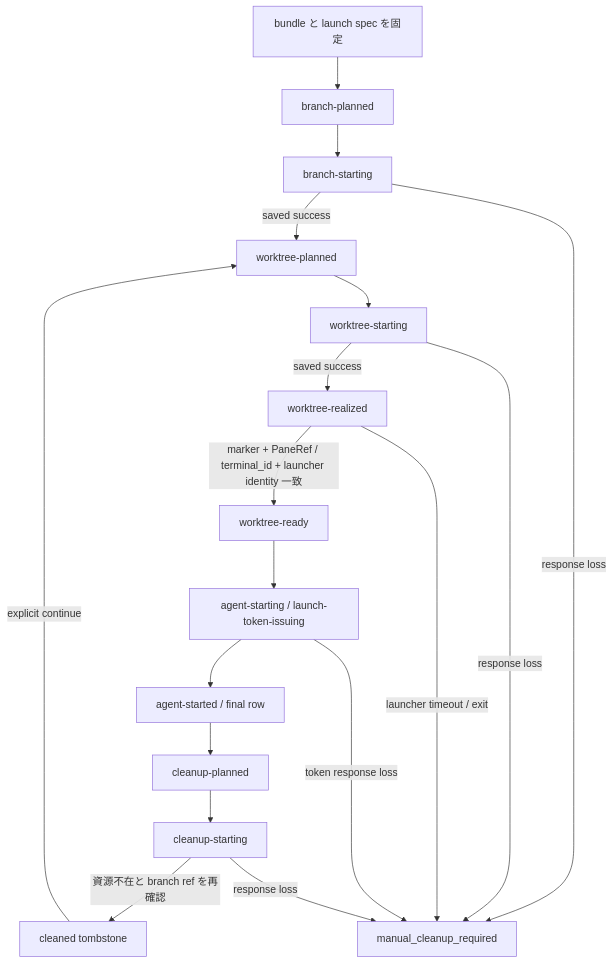
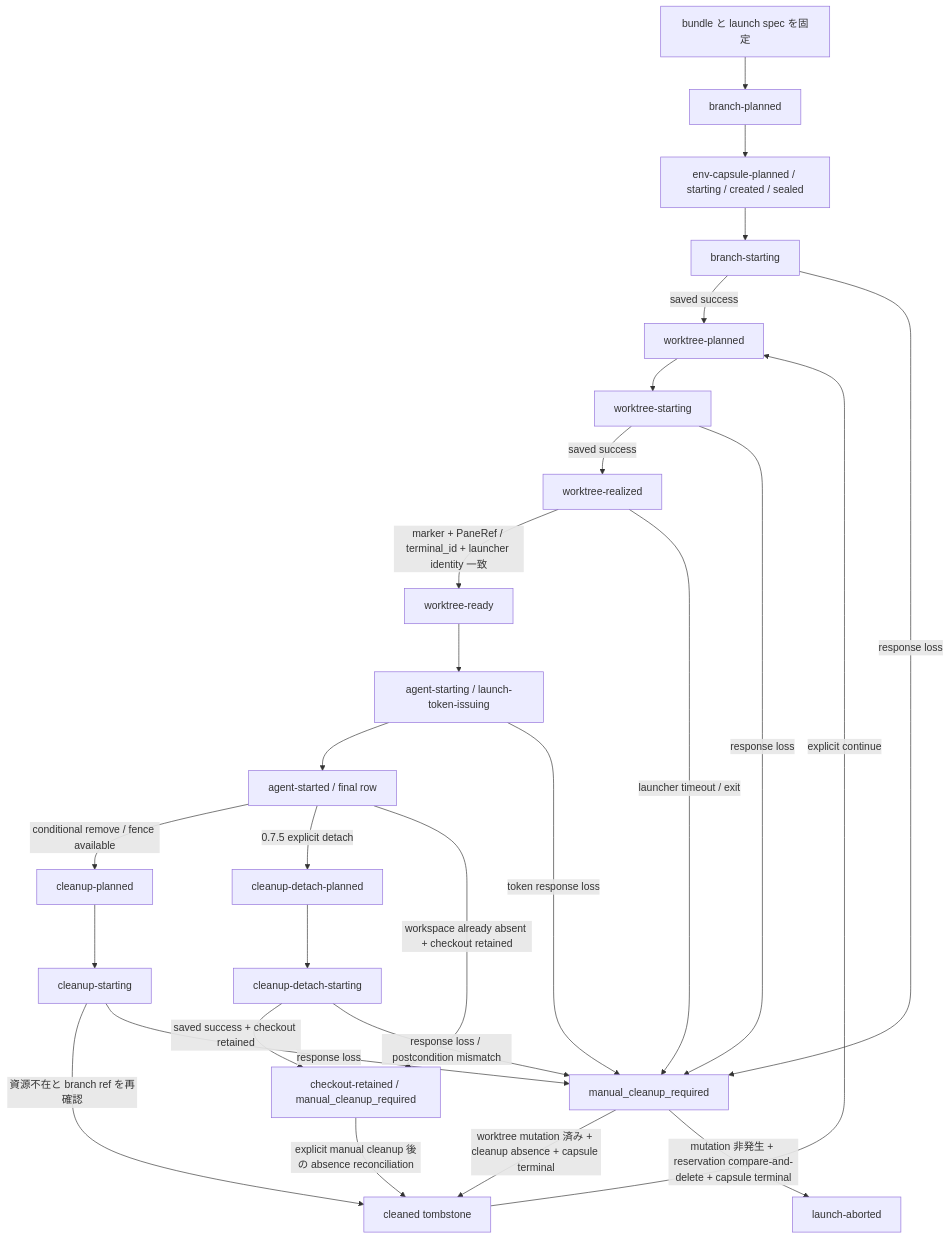
The diagram in docs/herdr-runtime-backend-spike.ja.md (butaosuinu/fanout), drawn with Mermaid before and after one commit. The commit also changed other lines of this file, not shown here.

Commit message:
docs: Herdr cleanup と env 契約を fail closed にする

````diff
--- a/docs/herdr-runtime-backend-spike.ja.md
+++ b/docs/herdr-runtime-backend-spike.ja.md
@@ -549,20 +559,29 @@
 ```mermaid
 flowchart TD
   A["bundle と launch spec を固定"] --> B["branch-planned"]
-  B --> C["branch-starting"]
+  B --> EC["env-capsule-planned / starting / created / sealed"]
+  EC --> C["branch-starting"]
   C -->|saved success| D["worktree-planned"]
   D --> E["worktree-starting"]
   E -->|saved success| F["worktree-realized"]
   F -->|marker + PaneRef / terminal_id + launcher identity 一致| WR["worktree-ready"]
   WR --> G["agent-starting / launch-token-issuing"]
   G --> H["agent-started / final row"]
-  H --> I["cleanup-planned"]
+  H -->|conditional remove / fence available| I["cleanup-planned"]
+  H -->|0.7.5 explicit detach| DP["cleanup-detach-planned"]
+  DP --> DS["cleanup-detach-starting"]
+  DS -->|saved success + checkout retained| R["checkout-retained / manual_cleanup_required"]
+  H -->|workspace already absent + checkout retained| R
   I --> J["cleanup-starting"]
   J -->|資源不在と branch ref を再確認| K["cleaned tombstone"]
+  R -->|explicit manual cleanup 後の absence reconciliation| K
+  X -->|worktree mutation 済み + cleanup absence + capsule terminal| K
+  X -->|mutation 非発生 + reservation compare-and-delete + capsule terminal| LA["launch-aborted"]
   K -->|explicit continue| D
   C -->|response loss| X["manual_cleanup_required"]
   E -->|response loss| X
   F -->|launcher timeout / exit| X
   G -->|token response loss| X
+  DS -->|response loss / postcondition mismatch| X
   J -->|response loss| X
 ```
````
